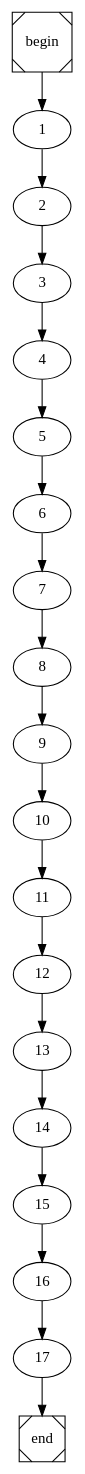
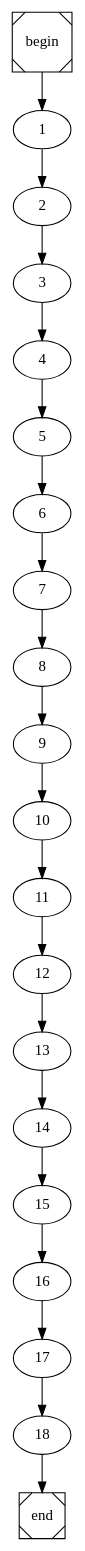
The diagram in build_test_arr.dot (pedrojfs17/FEUP-COMP), drawn with Graphviz before and after one commit. The commit also changed 35 other files, not shown here.

```diff
--- a/build_test_arr.dot
+++ b/build_test_arr.dot
@@ -1,4 +1,4 @@
 digraph cfg {
 	begin [shape=Msquare];
 	end [shape=Msquare];
-	begin -> 1;	1 -> 2;	2 -> 3;	3 -> 4;	4 -> 5;	5 -> 6;	6 -> 7;	7 -> 8;	8 -> 9;	9 -> 10;	10 -> 11;	11 -> 12;	12 -> 13;	13 -> 14;	14 -> 15;	15 -> 16;	16 -> 17;	17 -> end;}
+	begin -> 1;	1 -> 2;	2 -> 3;	3 -> 4;	4 -> 5;	5 -> 6;	6 -> 7;	7 -> 8;	8 -> 9;	9 -> 10;	10 -> 11;	11 -> 12;	12 -> 13;	13 -> 14;	14 -> 15;	15 -> 16;	16 -> 17;	17 -> 18;	18 -> end;}
```
